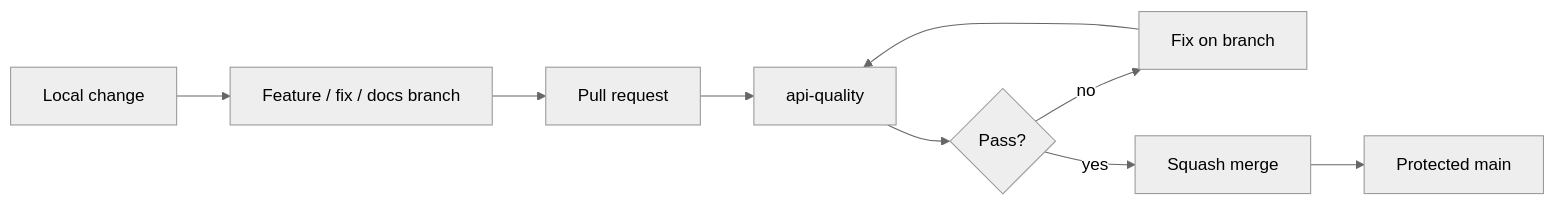
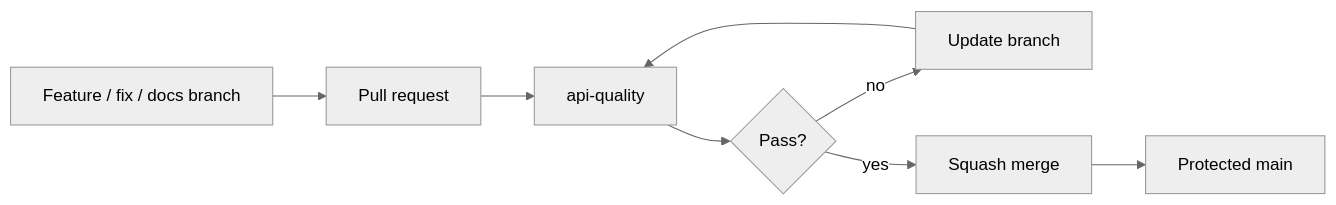
The first of 2 diagrams in docs/delivery/CI_CD.md (kumarchandansingh/tropos), drawn with Mermaid (neutral theme) before and after one commit. The commit also changed other lines of this file and 13 other files, not shown here.

````diff
--- a/docs/delivery/CI_CD.md
+++ b/docs/delivery/CI_CD.md
@@ -7,12 +7,11 @@
 ```mermaid
 flowchart LR
-    Dev[Local change]
-    --> Branch[Feature / fix / docs branch]
+    Branch[Feature / fix / docs branch]
     --> PR[Pull request]
     --> CI[api-quality]
     --> Gate{Pass?}
-    Gate -- no --> Fix[Fix on branch]
+    Gate -- no --> Fix[Update branch]
     Fix --> CI
     Gate -- yes --> Merge[Squash merge]
-    Merge --> Main[Protected main]
+    --> Main[Protected main]
 ```
````
